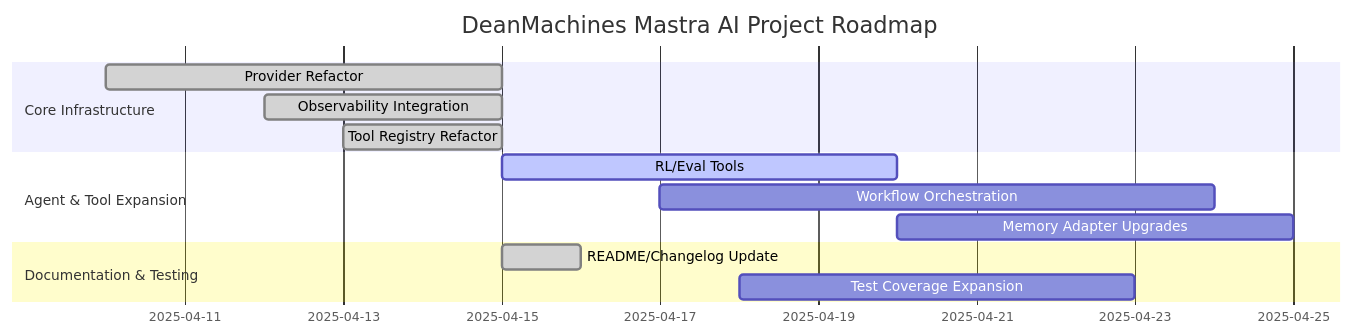
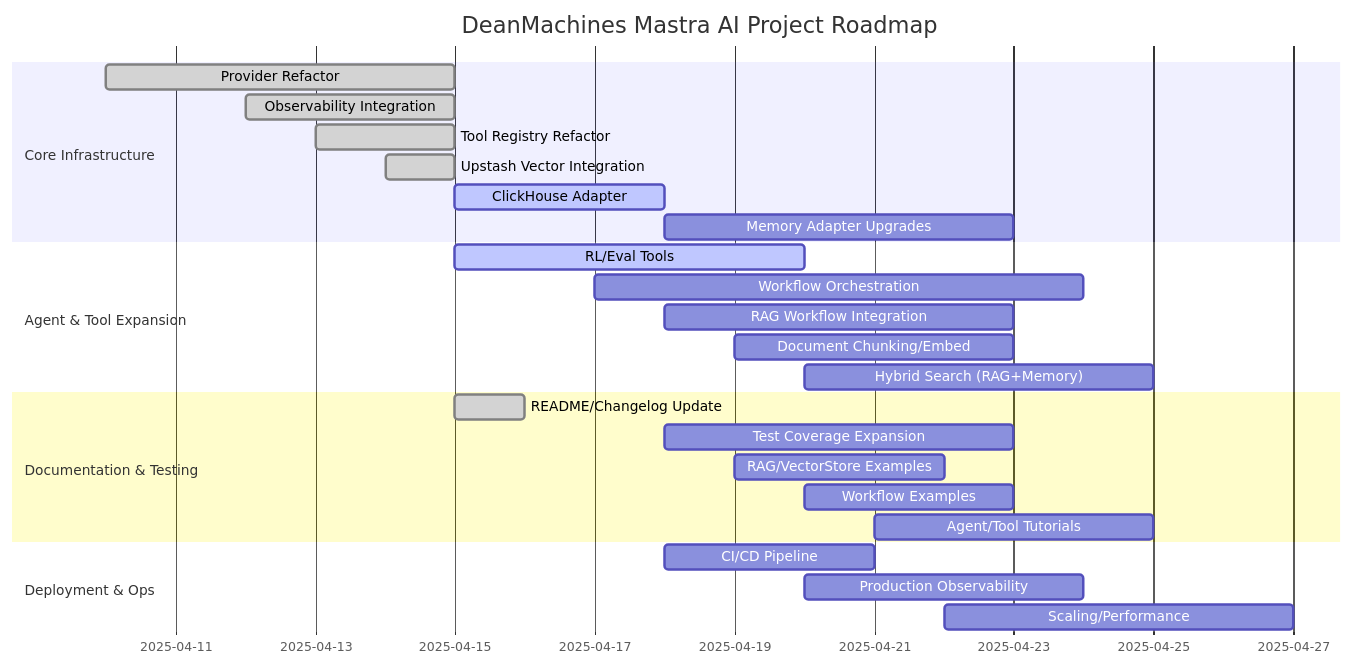
Before and after one commit to ssdeanx/deanmachines-front: the third of 3 diagrams in functions/README.md, drawn with Mermaid. The commit also changed other lines of this file and 16 other files, not shown here.

First line of the commit message:
Refactor agent configurations and enhance tool integration

````diff
--- a/functions/README.md
+++ b/functions/README.md
@@ -345,19 +353,32 @@
 ```mermaid
 gantt
     dateFormat  YYYY-MM-DD
     title DeanMachines Mastra AI Project Roadmap
 
     section Core Infrastructure
     Provider Refactor         :done,   a1, 2025-04-10, 2025-04-15
     Observability Integration :done,   a2, 2025-04-12, 2025-04-15
     Tool Registry Refactor    :done,   a3, 2025-04-13, 2025-04-15
+    Upstash Vector Integration:done,   a4, 2025-04-14, 2025-04-15
+    ClickHouse Adapter        :active, a5, 2025-04-15, 3d
+    Memory Adapter Upgrades   :        a6, 2025-04-18, 5d
 
     section Agent & Tool Expansion
     RL/Eval Tools             :active, b1, 2025-04-15, 5d
     Workflow Orchestration    :        b2, 2025-04-17, 7d
-    Memory Adapter Upgrades   :        b3, 2025-04-20, 5d
+    RAG Workflow Integration  :        b3, 2025-04-18, 5d
+    Document Chunking/Embed   :        b4, 2025-04-19, 4d
+    Hybrid Search (RAG+Memory):        b5, 2025-04-20, 5d
 
     section Documentation & Testing
     README/Changelog Update   :done,   c1, 2025-04-15, 1d
     Test Coverage Expansion   :        c2, 2025-04-18, 5d
+    RAG/VectorStore Examples  :        c3, 2025-04-19, 3d
+    Workflow Examples         :        c4, 2025-04-20, 3d
+    Agent/Tool Tutorials      :        c5, 2025-04-21, 4d
+
+    section Deployment & Ops
+    CI/CD Pipeline            :        d1, 2025-04-18, 3d
+    Production Observability  :        d2, 2025-04-20, 4d
+    Scaling/Performance       :        d3, 2025-04-22, 5d
 ```
````
